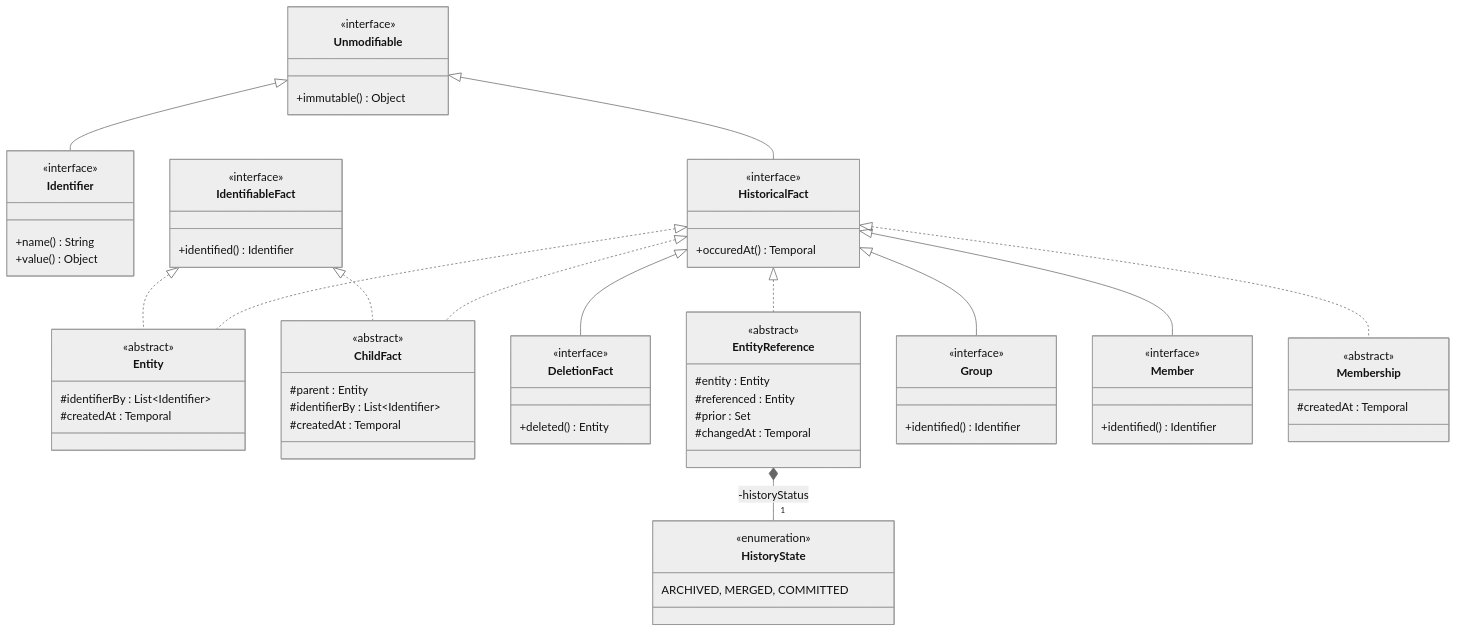
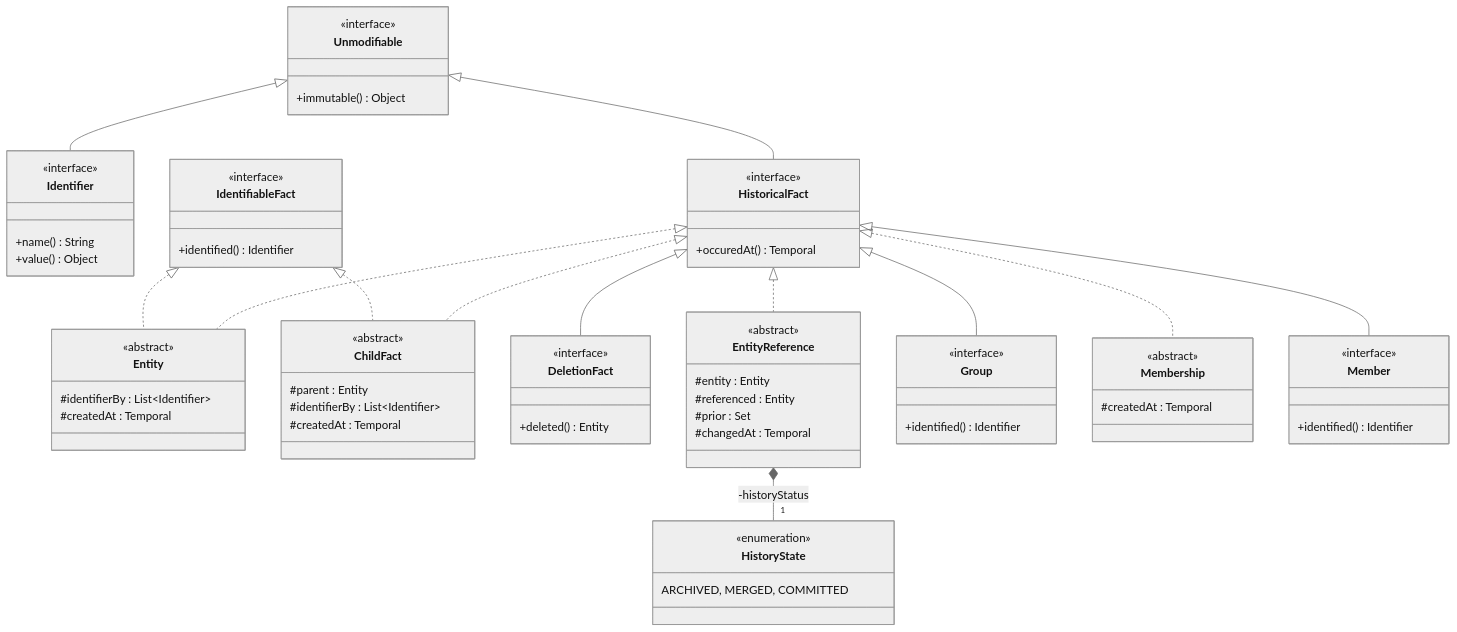
Before and after one commit to cybnity/foundation: the diagram in implementations-line/framework/immutable/README.md, drawn with Mermaid (neutral theme). The commit also changed other lines of this file, not shown here.

````diff
--- a/implementations-line/framework/immutable/README.md
+++ b/implementations-line/framework/immutable/README.md
@@ -27,71 +27,71 @@
 ```mermaid
 classDiagram
     Unmodifiable <|-- Identifier
     IdentifiableFact <|.. Entity
     HistoricalFact <|.. Entity
     IdentifiableFact <|.. ChildFact
     Unmodifiable <|-- HistoricalFact
     HistoricalFact <|.. ChildFact
     HistoricalFact <|-- DeletionFact
     HistoricalFact <|.. EntityReference
     EntityReference *-- "1" HistoryState : -historyStatus
     HistoricalFact <|-- Group
+    HistoricalFact <|.. Membership
     HistoricalFact <|-- Member
-    HistoricalFact <|.. Membership
 
     class HistoricalFact {
         <<interface>>
         +occuredAt() Temporal
     }
     class IdentifiableFact {
         <<interface>>
         +identified() Identifier
     }
     class Entity {
         <<abstract>>
         #identifierBy : List~Identifier~
         #createdAt : Temporal
     }
     class ChildFact {
         <<abstract>>
         #parent : Entity
         #identifierBy : List~Identifier~
         #createdAt : Temporal
     }
     class DeletionFact {
         <<interface>>
         +deleted() Entity
     }
     class Unmodifiable {
         <<interface>>
         +immutable() Object
     }
     class Identifier {
         <<interface>>
         +name() String
         +value() Object
     }
     class HistoryState {
         <<enumeration>>
         ARCHIVED, MERGED, COMMITTED
     }
     class EntityReference {
         <<abstract>>
         #entity : Entity
         #referenced : Entity
         #prior : Set<EntityReference>
         #changedAt : Temporal
     }
     class Group {
         <<interface>>
         +identified() Identifier
     }
     class Member {
         <<interface>>
         +identified() Identifier
     }
     class Membership {
         <<abstract>>
         #createdAt : Temporal
     }
 ```
````
